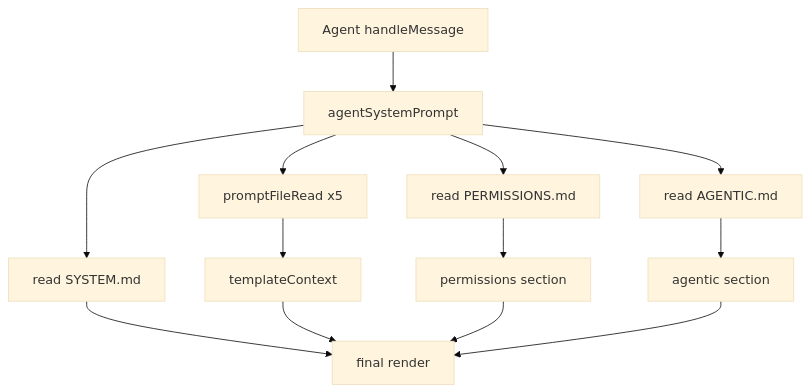
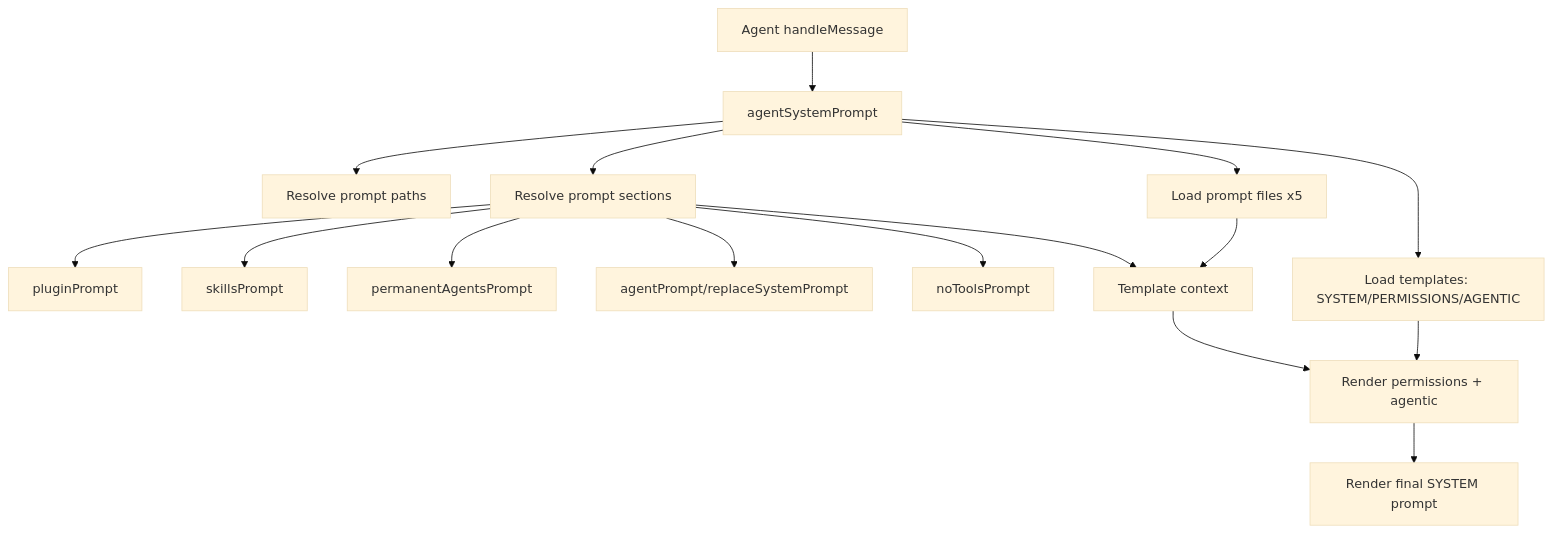
The diagram in doc/internals/agent-system-prompt.md (ex3ndr-bot/daycare), drawn with Mermaid (base theme) before and after one commit. The commit also changed other lines of this file and 3 other files, not shown here.

Commit message:
refactor(agents): centralize system prompt section loading

````diff
--- a/doc/internals/agent-system-prompt.md
+++ b/doc/internals/agent-system-prompt.md
@@ -8,15 +15,18 @@
 ```mermaid
 flowchart TD
   A[Agent handleMessage] --> B[agentSystemPrompt]
-  B --> C[promptFileRead x5]
-  B --> D[read PERMISSIONS.md]
-  B --> E[read AGENTIC.md]
-  B --> F[read SYSTEM.md]
-  C --> G[templateContext]
-  D --> H[permissions section]
-  E --> I[agentic section]
-  F --> J[final render]
-  G --> J
-  H --> J
-  I --> J
+  B --> C[Resolve prompt paths]
+  B --> D[Resolve prompt sections]
+  D --> D1[pluginPrompt]
+  D --> D2[skillsPrompt]
+  D --> D3[permanentAgentsPrompt]
+  D --> D4[agentPrompt/replaceSystemPrompt]
+  D --> D5[noToolsPrompt]
+  B --> E[Load prompt files x5]
+  B --> F[Load templates: SYSTEM/PERMISSIONS/AGENTIC]
+  E --> G[Template context]
+  D --> G
+  F --> H[Render permissions + agentic]
+  G --> H
+  H --> I[Render final SYSTEM prompt]
 ```
````
